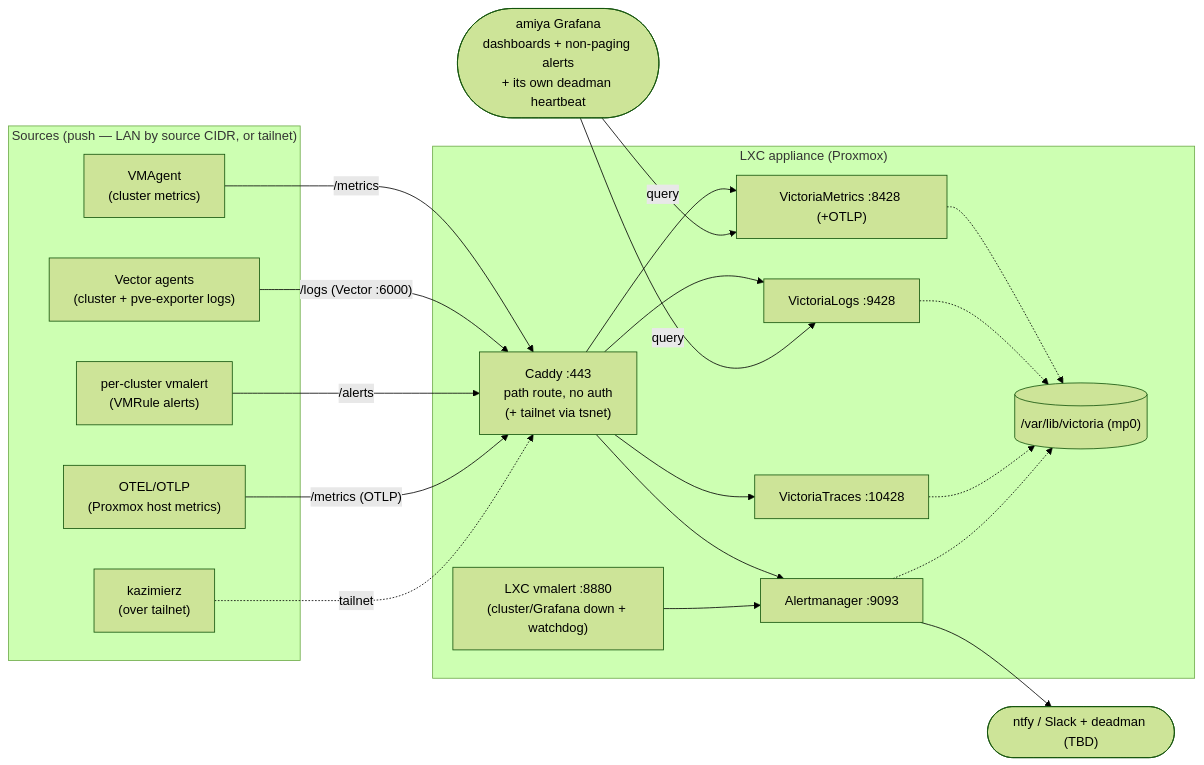
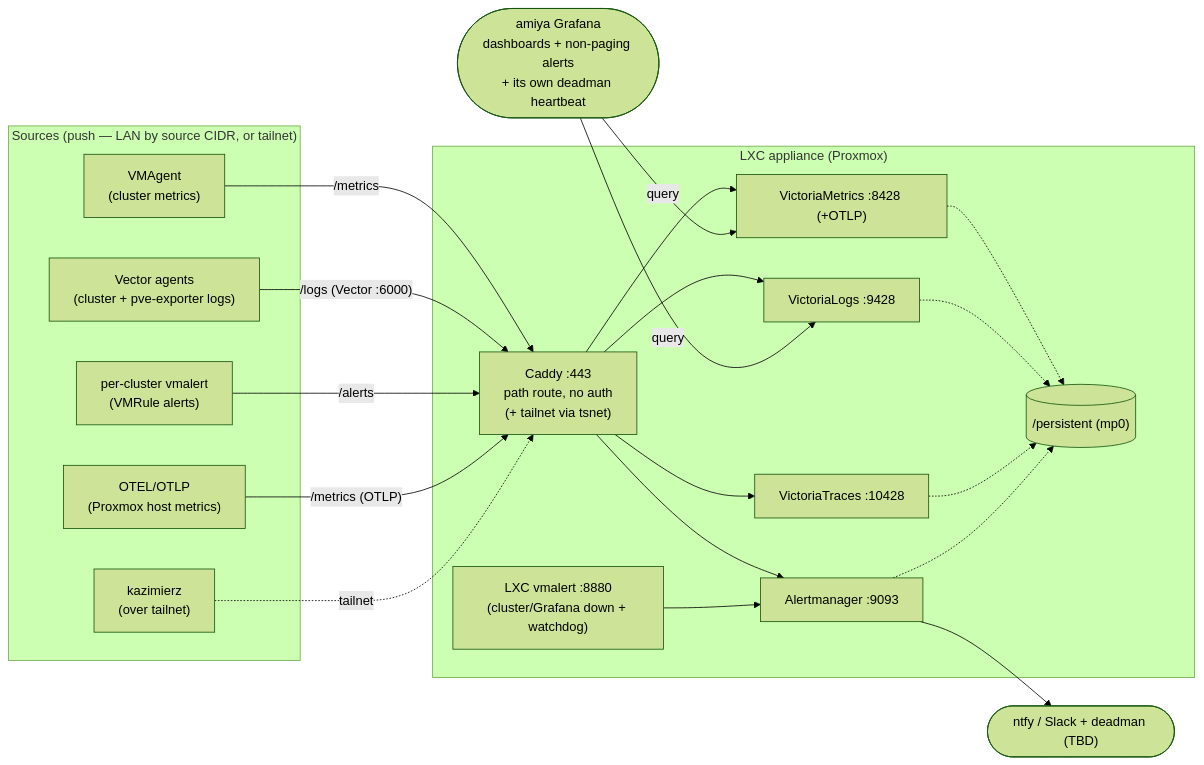
One commit to chezmoidotsh/arcane changed the diagram in projects/chezmoi.sh/src/infrastructure/proxmox/lxc/observability/README.md. Above: the diagram before and after it, drawn with Mermaid (forest theme). The commit also changed other lines of this file, not shown here.

````diff
--- a/projects/chezmoi.sh/src/infrastructure/proxmox/lxc/observability/README.md
+++ b/projects/chezmoi.sh/src/infrastructure/proxmox/lxc/observability/README.md
@@ -37,42 +37,42 @@
 ```mermaid
 flowchart LR
     subgraph sources["Sources (push — LAN by source CIDR, or tailnet)"]
         vmagent["VMAgent<br/>(cluster metrics)"]
         clvector["Vector agents<br/>(cluster + pve-exporter logs)"]
         clalert["per-cluster vmalert<br/>(VMRule alerts)"]
         otlp["OTEL/OTLP<br/>(Proxmox host metrics)"]
         kaz["kazimierz<br/>(over tailnet)"]
     end
 
     subgraph lxc["LXC appliance (Proxmox)"]
         caddy["Caddy :443<br/>path route, no auth<br/>(+ tailnet via tsnet)"]
         vm["VictoriaMetrics :8428 (+OTLP)"]
         vl["VictoriaLogs :9428"]
         vt["VictoriaTraces :10428"]
         am["Alertmanager :9093"]
         lxcalert["LXC vmalert :8880<br/>(cluster/Grafana down + watchdog)"]
-        data[("/var/lib/victoria (mp0)")]
+        data[("/persistent (mp0)")]
     end
 
     page(["ntfy / Slack + deadman (TBD)"])
     grafana(["amiya Grafana<br/>dashboards + non-paging alerts<br/>+ its own deadman heartbeat"])
 
     vmagent -->|"/metrics"| caddy
     clvector -->|"/logs (Vector :6000)"| caddy
     clalert -->|"/alerts"| caddy
     otlp -->|"/metrics (OTLP)"| caddy
     kaz -.tailnet.-> caddy
 
     caddy --> vm
     caddy --> vl
     caddy --> vt
     caddy --> am
     lxcalert --> am
     am --> page
     vm -.-> data
     vl -.-> data
     vt -.-> data
     am -.-> data
     grafana -->|query| vm
     grafana -->|query| vl
 ```
````
